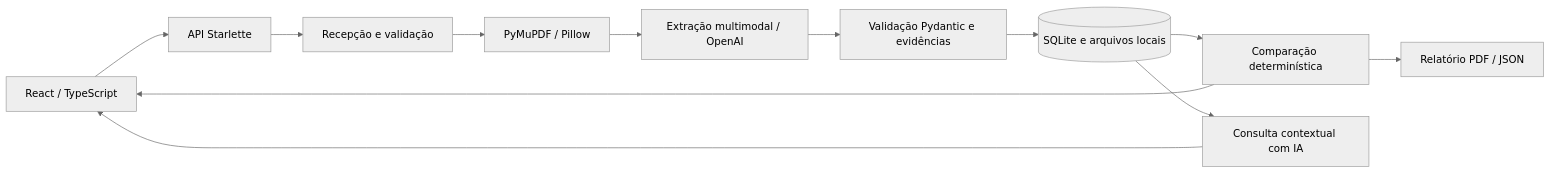
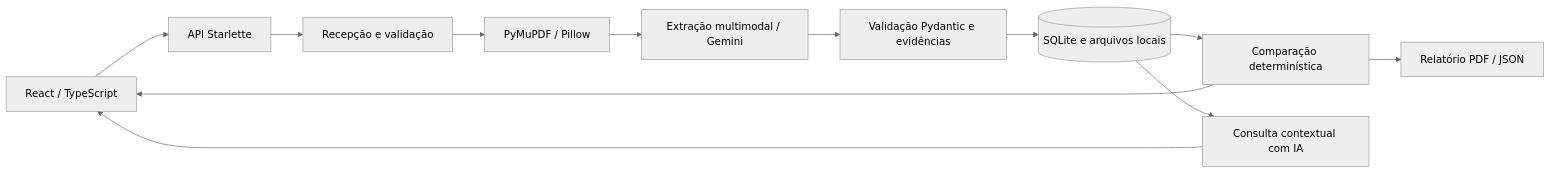
One commit to vicTmm/i2a2-desafio-final changed the diagram in docs/ARQUITETURA.md. Above: the diagram before and after it, drawn with Mermaid (neutral theme). The commit also changed other lines of this file and 16 other files, not shown here.

````diff
--- a/docs/ARQUITETURA.md
+++ b/docs/ARQUITETURA.md
@@ -7,14 +7,14 @@
 ```mermaid
 flowchart LR
   U[React / TypeScript] --> A[API Starlette]
   A --> R[Recepção e validação]
   R --> T[PyMuPDF / Pillow]
-  T --> E[Extração multimodal / OpenAI]
+  T --> E[Extração multimodal / Gemini]
   E --> V[Validação Pydantic e evidências]
   V --> D[(SQLite e arquivos locais)]
   D --> C[Comparação determinística]
   C --> U
   C --> P[Relatório PDF / JSON]
   D --> Q[Consulta contextual com IA]
   Q --> U
 ```
````
